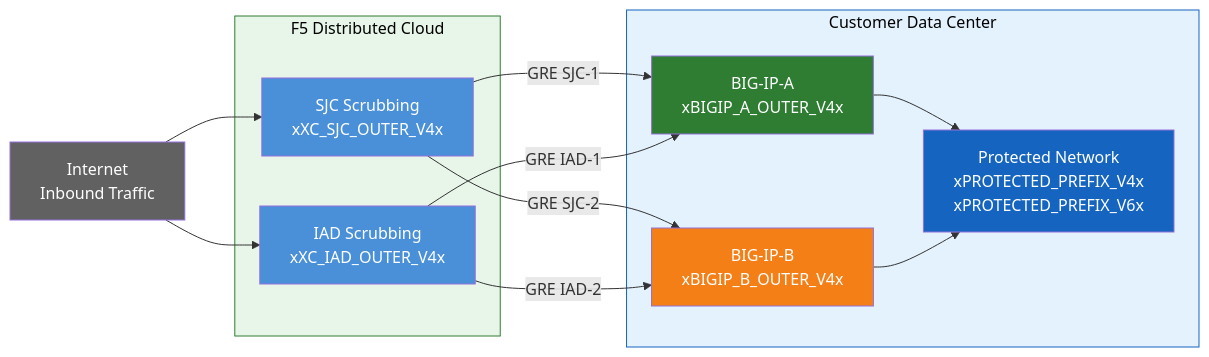
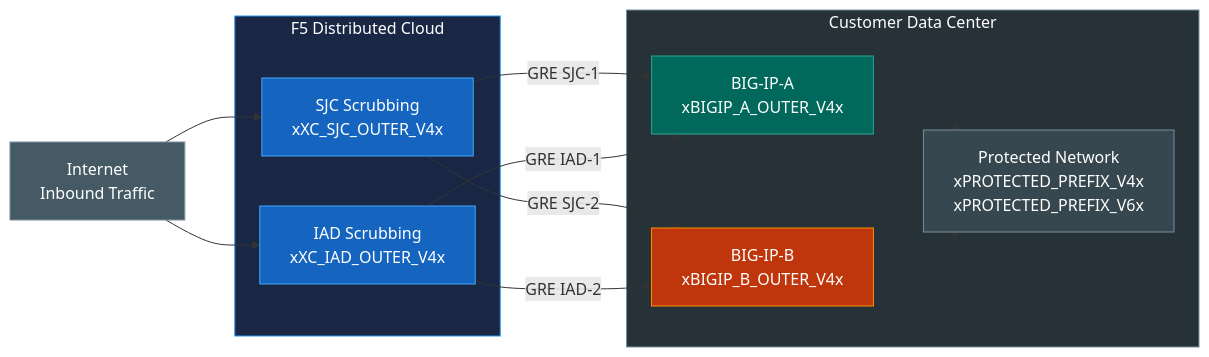
Before and after one commit to robinmordasiewicz/f5xc-bigip-ddos-gre: the second of 4 diagrams in docs/index.md, drawn with Mermaid. The commit also changed other lines of this file and 2 other files, not shown here.

First line of the commit message:
docs: improve diagram color scheme and add custom stylesheet

````diff
--- a/docs/index.md
+++ b/docs/index.md
@@ -116,33 +116,33 @@
 ```mermaid
 flowchart LR
     INET["Internet<br/>Inbound Traffic"]
 
     subgraph XC["F5 Distributed Cloud"]
         SJC["SJC Scrubbing<br/>xXC_SJC_OUTER_V4x"]
         IAD["IAD Scrubbing<br/>xXC_IAD_OUTER_V4x"]
     end
 
     subgraph DC["Customer Data Center"]
         BIGIPA["BIG-IP-A<br/>xBIGIP_A_OUTER_V4x"]
         BIGIPB["BIG-IP-B<br/>xBIGIP_B_OUTER_V4x"]
         NET["Protected Network<br/>xPROTECTED_PREFIX_V4x<br/>xPROTECTED_PREFIX_V6x"]
     end
 
     INET --> SJC
     INET --> IAD
     SJC -- "GRE SJC-1" --> BIGIPA
     IAD -- "GRE IAD-1" --> BIGIPA
     SJC -- "GRE SJC-2" --> BIGIPB
     IAD -- "GRE IAD-2" --> BIGIPB
     BIGIPA --> NET
     BIGIPB --> NET
 
-    style INET fill:#616161,color:#fff
-    style SJC fill:#4a90d9,color:#fff
-    style IAD fill:#4a90d9,color:#fff
-    style BIGIPA fill:#2e7d32,color:#fff
-    style BIGIPB fill:#f57f17,color:#fff
-    style NET fill:#1565c0,color:#fff
-    style DC fill:#e3f2fd,stroke:#1565c0,color:#000
-    style XC fill:#e8f5e9,stroke:#2e7d32,color:#000
+    style INET fill:#455A64,color:#fff,stroke:#78909C
+    style SJC fill:#1565C0,color:#fff,stroke:#42A5F5
+    style IAD fill:#1565C0,color:#fff,stroke:#42A5F5
+    style BIGIPA fill:#00695C,color:#fff,stroke:#26A69A
+    style BIGIPB fill:#BF360C,color:#fff,stroke:#FF8F00
+    style NET fill:#37474F,color:#fff,stroke:#78909C
+    style DC fill:#263238,stroke:#78909C,color:#fff
+    style XC fill:#1A2744,stroke:#2196F3,color:#fff
 ```
````
